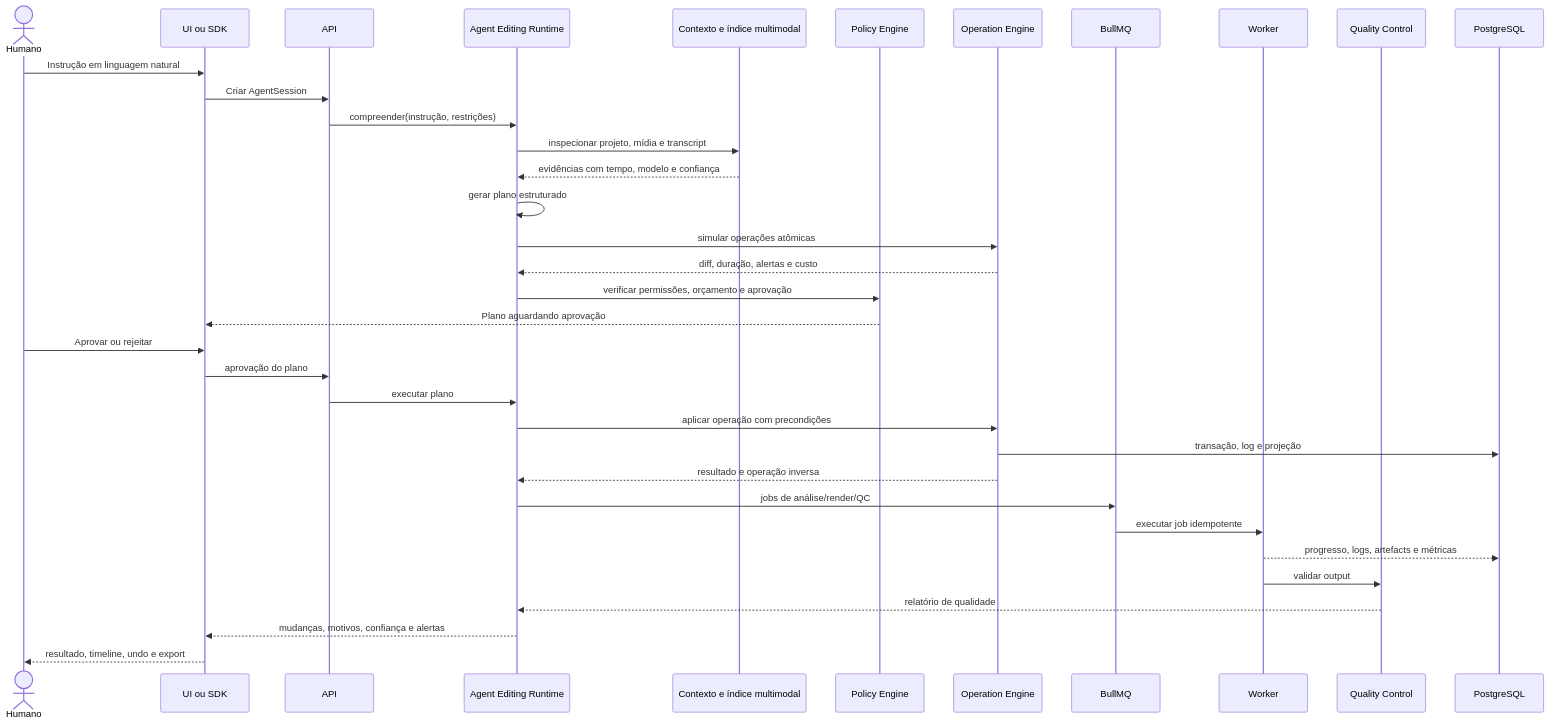
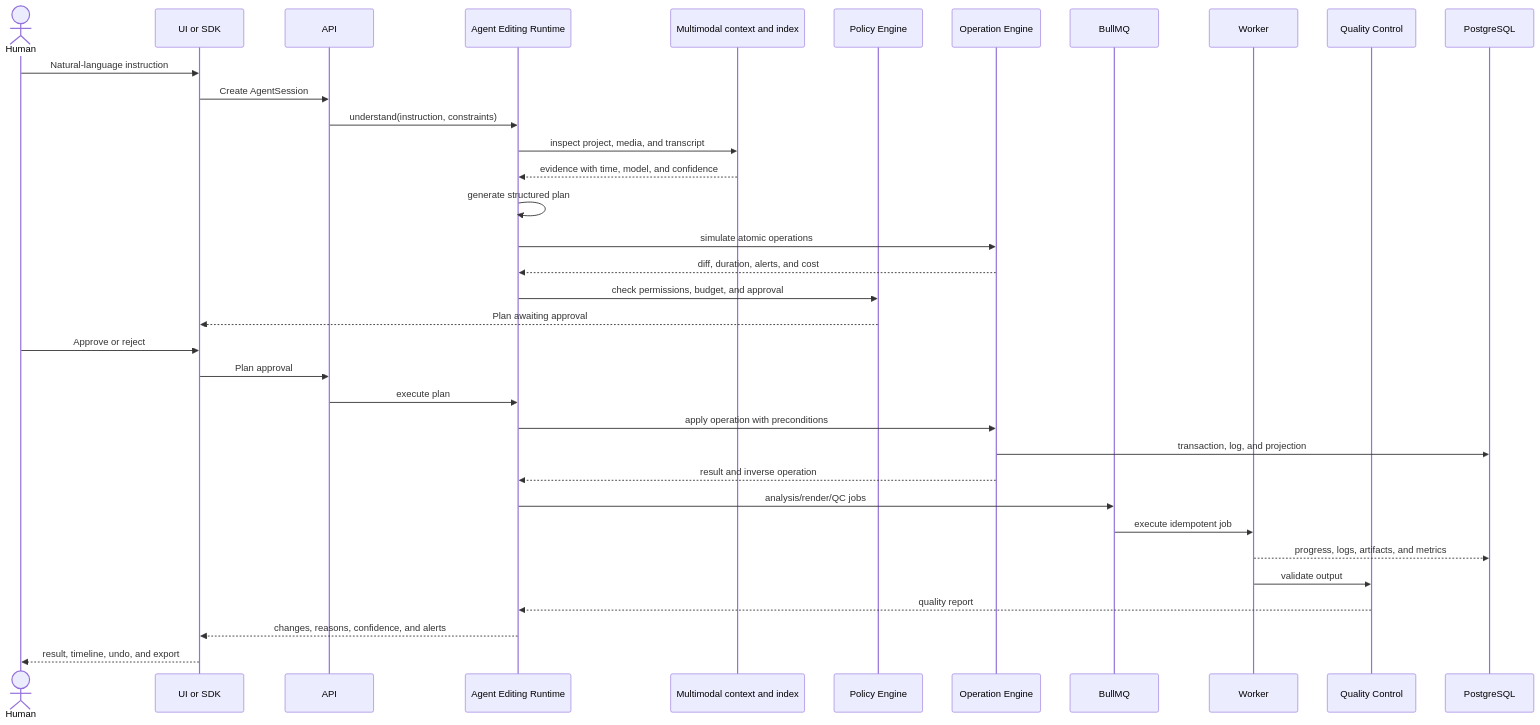
One commit to gnustella-lab/AgentCut changed the diagram in docs/architecture/agent-flow.mmd. Above: the diagram before and after it, drawn with Mermaid. The commit also changed 10 other files, not shown here.

```diff
--- a/docs/architecture/agent-flow.mmd
+++ b/docs/architecture/agent-flow.mmd
@@ -1,36 +1,36 @@
 sequenceDiagram
-    actor Human as Humano
-    participant UI as UI ou SDK
+    actor Human as Human
+    participant UI as UI or SDK
     participant API as API
     participant RT as Agent Editing Runtime
-    participant IDX as Contexto e índice multimodal
+    participant IDX as Multimodal context and index
     participant POL as Policy Engine
     participant OP as Operation Engine
     participant Q as BullMQ
     participant W as Worker
     participant QC as Quality Control
     participant DB as PostgreSQL
 
-    Human->>UI: Instrução em linguagem natural
-    UI->>API: Criar AgentSession
-    API->>RT: compreender(instrução, restrições)
-    RT->>IDX: inspecionar projeto, mídia e transcript
-    IDX-->>RT: evidências com tempo, modelo e confiança
-    RT->>RT: gerar plano estruturado
-    RT->>OP: simular operações atômicas
-    OP-->>RT: diff, duração, alertas e custo
-    RT->>POL: verificar permissões, orçamento e aprovação
-    POL-->>UI: Plano aguardando aprovação
-    Human->>UI: Aprovar ou rejeitar
-    UI->>API: aprovação do plano
-    API->>RT: executar plano
-    RT->>OP: aplicar operação com precondições
-    OP->>DB: transação, log e projeção
-    OP-->>RT: resultado e operação inversa
-    RT->>Q: jobs de análise/render/QC
-    Q->>W: executar job idempotente
-    W-->>DB: progresso, logs, artefacts e métricas
-    W->>QC: validar output
-    QC-->>RT: relatório de qualidade
-    RT-->>UI: mudanças, motivos, confiança e alertas
-    UI-->>Human: resultado, timeline, undo e export
+    Human->>UI: Natural-language instruction
+    UI->>API: Create AgentSession
+    API->>RT: understand(instruction, constraints)
+    RT->>IDX: inspect project, media, and transcript
+    IDX-->>RT: evidence with time, model, and confidence
+    RT->>RT: generate structured plan
+    RT->>OP: simulate atomic operations
+    OP-->>RT: diff, duration, alerts, and cost
+    RT->>POL: check permissions, budget, and approval
+    POL-->>UI: Plan awaiting approval
+    Human->>UI: Approve or reject
+    UI->>API: Plan approval
+    API->>RT: execute plan
+    RT->>OP: apply operation with preconditions
+    OP->>DB: transaction, log, and projection
+    OP-->>RT: result and inverse operation
+    RT->>Q: analysis/render/QC jobs
+    Q->>W: execute idempotent job
+    W-->>DB: progress, logs, artifacts, and metrics
+    W->>QC: validate output
+    QC-->>RT: quality report
+    RT-->>UI: changes, reasons, confidence, and alerts
+    UI-->>Human: result, timeline, undo, and export
```
